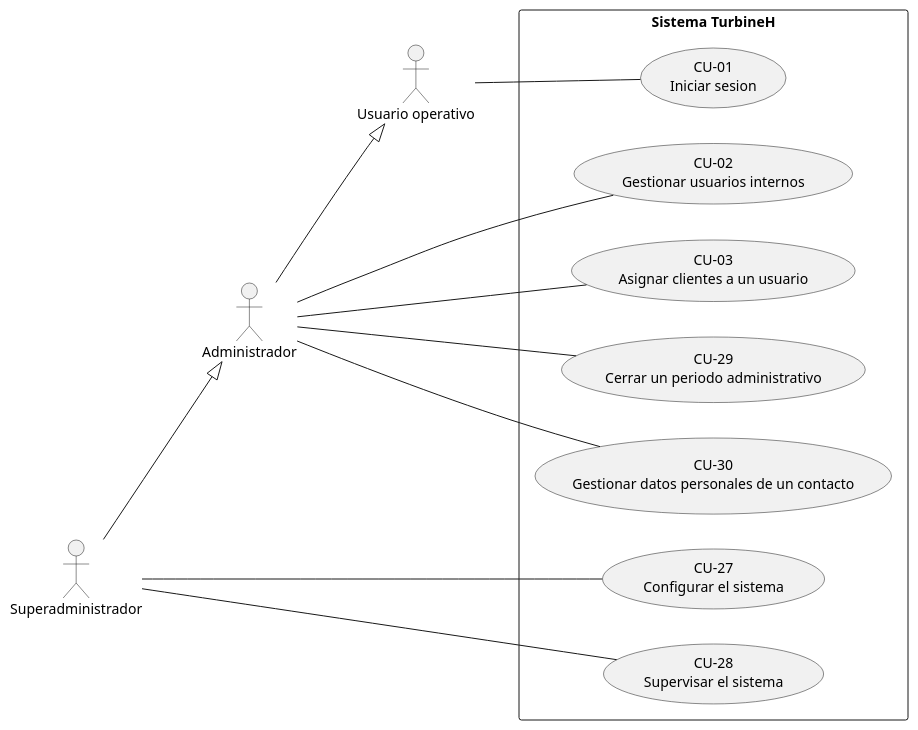
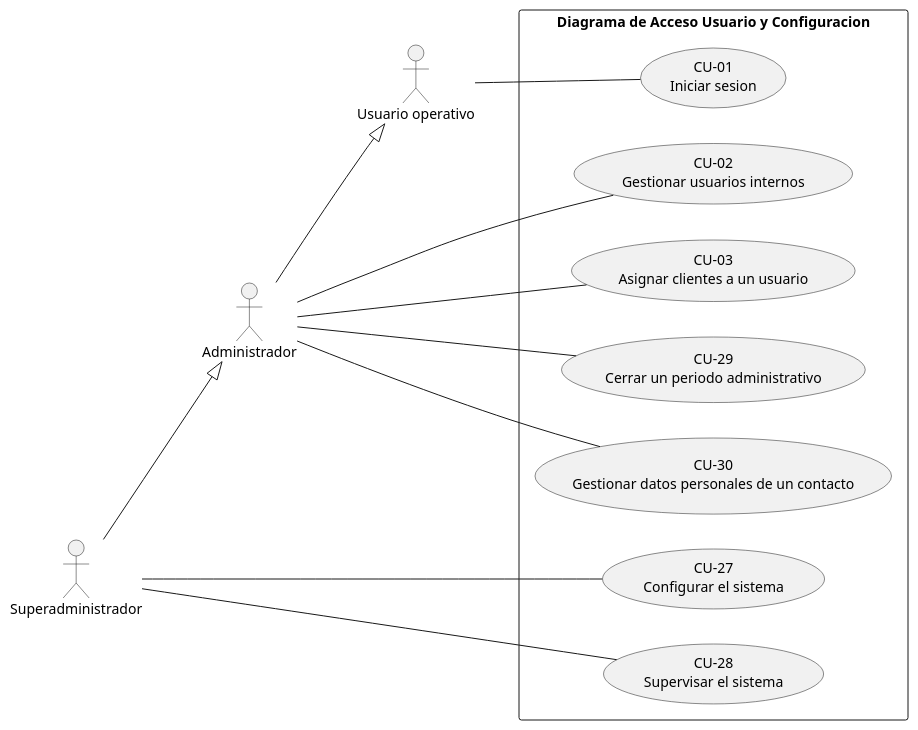
The diagram in doc/src/Diagrama Acceso Usuarios Configuracion.puml (Vertossse/Elefantes), drawn with PlantUML before and after one commit. The commit also changed 8 other files, not shown here.

Commit message:
Diagrams update

```diff
--- a/doc/src/Diagrama Acceso Usuarios Configuracion.puml
+++ b/doc/src/Diagrama Acceso Usuarios Configuracion.puml
@@ -1,35 +1,35 @@
-@startuml Diagrama de acceso usuario y configuracion
+@startuml Diagrama de Acceso Usuario y Configuracion
 left to right direction
 
 ' Actores
 actor "Usuario operativo"   as UO
 actor "Administrador"       as AD
 actor "Superadministrador"  as SA
 
 ' Relaciones de herencia entre actores
 AD --|> UO
 SA --|> AD
 
-rectangle "Sistema TurbineH" {
+rectangle "Diagrama de Acceso Usuario y Configuracion" {
     usecase "CU-01\nIniciar sesion"                             as CU01
     usecase "CU-02\nGestionar usuarios internos"                as CU02
     usecase "CU-03\nAsignar clientes a un usuario"              as CU03
 
     usecase "CU-27\nConfigurar el sistema"                      as CU27
     usecase "CU-28\nSupervisar el sistema"                      as CU28
     usecase "CU-29\nCerrar un periodo administrativo"           as CU29
     usecase "CU-30\nGestionar datos personales de un contacto"  as CU30
 }
 
 ' Relaciones de los actores con los casos de uso
 UO -- CU01
 
 AD -- CU02
 AD -- CU03
 AD -- CU29
 AD -- CU30
 
 SA -- CU27
 SA -- CU28
 
 @enduml
```
